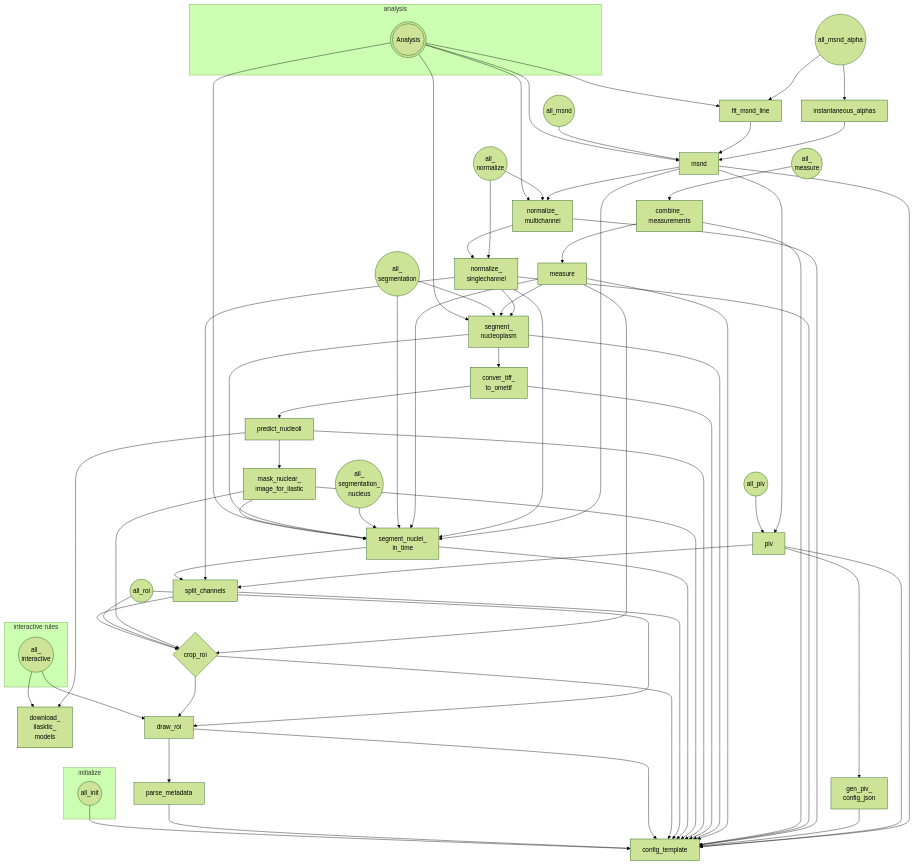
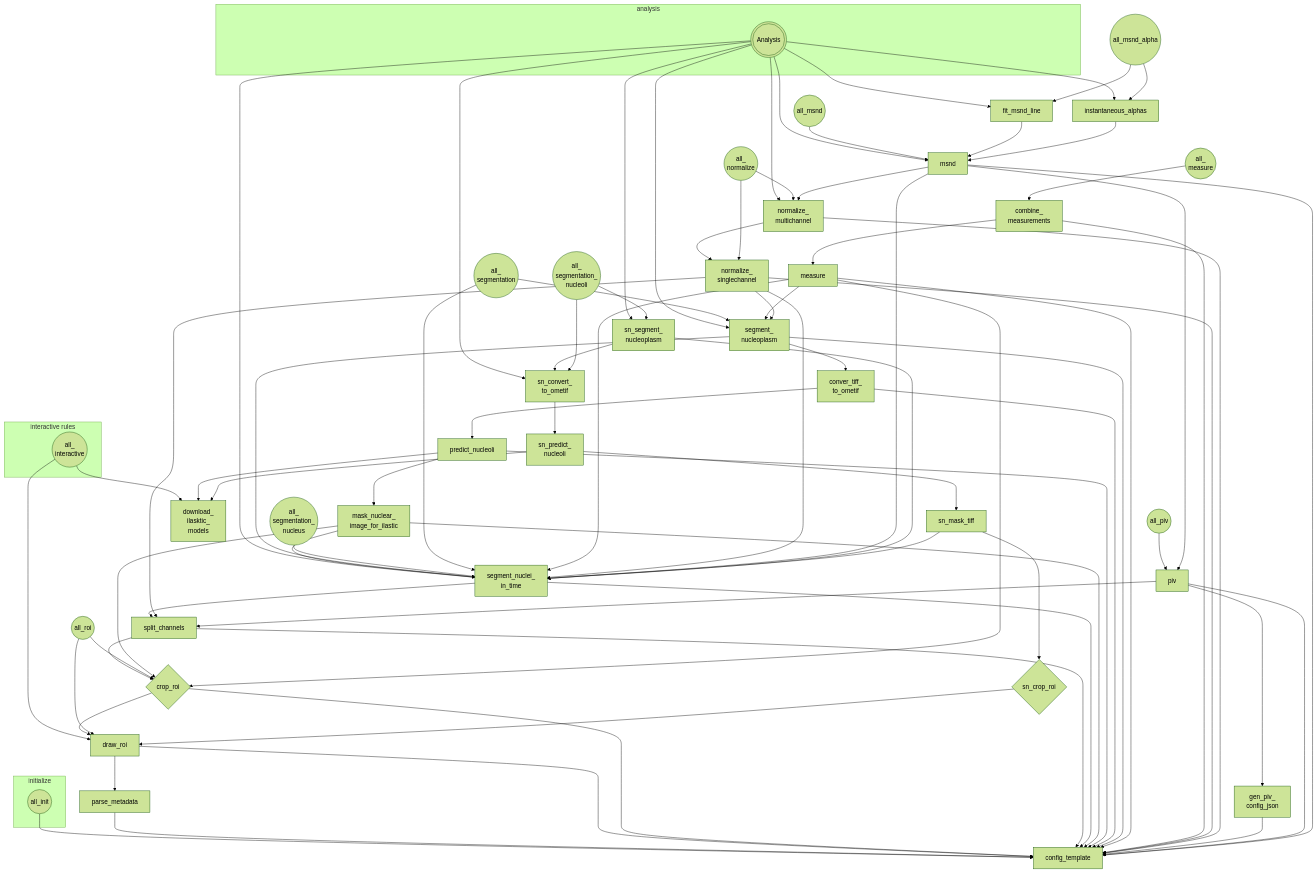
Before and after one commit to yichechang/alu-mobility: the diagram in README.md, drawn with Mermaid (forest theme). The commit also changed 5 other files, not shown here.

First line of the commit message:
Segment nucleoli from BFP snapshot instead of from movie (#22)

````diff
--- a/README.md
+++ b/README.md
@@ -20,73 +20,80 @@
 ```mermaid
 graph TD
     subgraph analysis
     A(((Analysis)))
     end
-    A(((Analysis))) --> A91 & A81 & A52 & A31 & A35
+    A(((Analysis))) --> B14 & B15 & A91 & A92 & A81 & A52 & A31 & A35
 
     subgraph initialize
     A99((all_init))
     end
 
     subgraph interactive rules
     A98((all_<br>interactive))
     end
 
     A1((all_roi))
 
 
     A2((all_<br>segmentation_<br>nucleus))
     A3((all_<br>segmentation))
 
 
     A4((all_<br>measure))
     A5((all_<br>normalize))
 
 
     A6((all_piv))
     A8((all_msnd))
     A9((all_msnd_alpha))
 
-    
+    B1((all_<br>segmentation_<br>nucleoli))    
 
     A01[config_template]
     A99 --> A01
 
     A02[download_<br>ilasktic_<br>models]
     A98 --> A02 & A12
 
     A11[parse_metadata] --> A01
     A12[draw_roi] --> A11 &  A01
     A13{crop_roi} --> A12 & A01
     A14[split_channels] --> A13 & A01
     A1 --> A12 & A13
 
     A31[segment_nuclei_<br>in_time] --> A14 & A01
     A32[mask_nuclear_<br>image_for_ilastic] --> A31 & A13 & A01
     A33[predict_nucleoli] --> A32 & A02 & A01
     A34[conver_tiff_<br>to_ometif] --> A33 & A01
     A35[segment_<br>nucleoplasm] --> A31 & A34 & A01
     A2 --> A31
     A3 --> A31 & A35
 
     A41[measure] --> A13 & A31 & A35 & A01
     A42[combine_<br>measurements] --> A41 & A01
     A4 --> A42
 
     A51[normalize_<br>singlechannel] --> A14 & A31 & A35 & A01
     A52[normalize_<br>multichannel] --> A51 & A01
     A5 --> A51 & A52
 
     A61[gen_piv_<br>config_json] --> A01
     A62[piv] --> A61 & A14 & A01
     A6 --> A62
 
 
     A81[msnd] --> A62 & A52 & A31 & A01
     A8 --> A81
 
 
     A91[fit_msnd_line] --> A81
     A92[instantaneous_alphas] --> A81
     A9 --> A91 & A92
+
+    B11{sn_crop_roi} --> A12
+    B12[sn_mask_tiff] --> B11 & A31
+    B13[sn_predict_<br>nucleoli] --> B12 & A02
+    B14[sn_convert_<br>to_ometif] --> B13
+    B15[sn_segment_<br>nucleoplasm] --> B14 & A31
+    B1 --> B14 & B15
 ```
````
